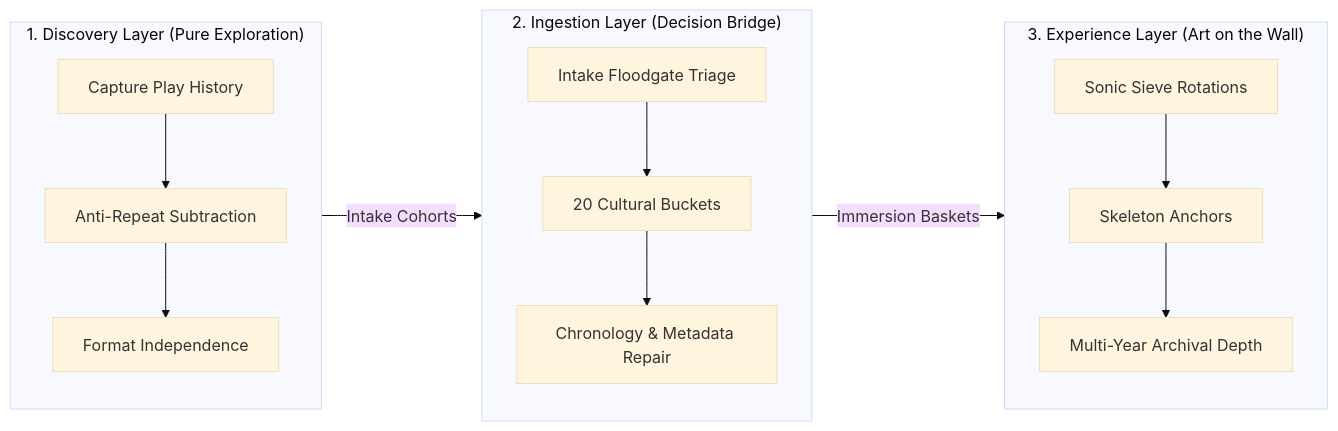
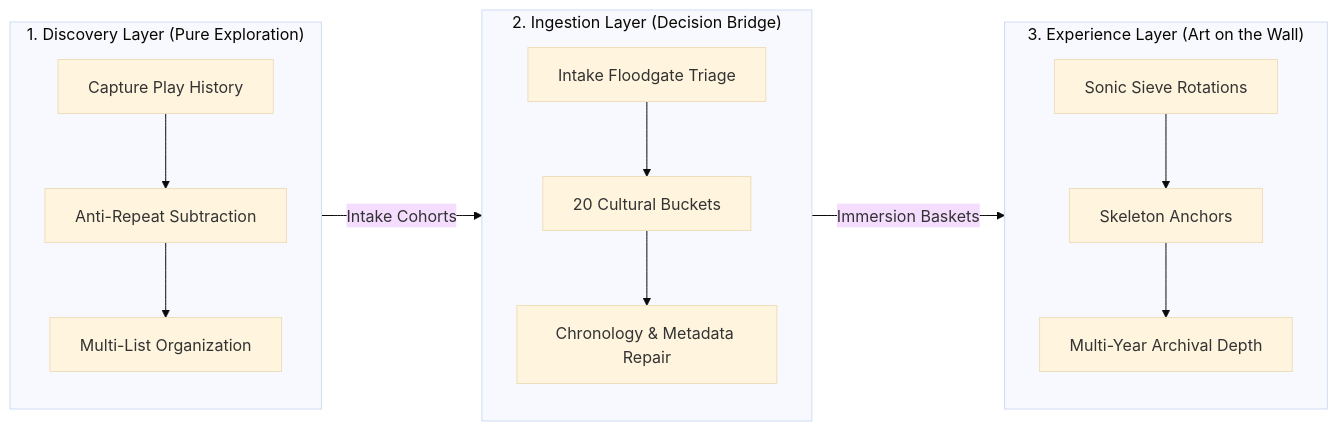
Before and after one commit to joejamal029/Playlist-Haven: the diagram in README.md, drawn with Mermaid (base theme). The commit also changed other lines of this file and 2 other files, not shown here.

Commit message:
docs: simplify discovery jobs with plain language and true shuffle flow

````diff
--- a/README.md
+++ b/README.md
@@ -38,20 +38,20 @@
 ```mermaid
 graph LR
     subgraph L1["1. Discovery Layer (Pure Exploration)"]
         D1["Capture Play History"] --> D2["Anti-Repeat Subtraction"]
-        D2 --> D3["Format Independence"]
+        D2 --> D3["Multi-List Organization"]
     end
 
     subgraph L2["2. Ingestion Layer (Decision Bridge)"]
         I1["Intake Floodgate Triage"] --> I2["20 Cultural Buckets"]
         I2 --> I3["Chronology & Metadata Repair"]
     end
 
     subgraph L3["3. Experience Layer (Art on the Wall)"]
         E1["Sonic Sieve Rotations"] --> E2["Skeleton Anchors"]
         E2 --> E3["Multi-Year Archival Depth"]
     end
 
     L1 -->|"Intake Cohorts"| L2
     L2 -->|"Immersion Baskets"| L3
 ```
````
